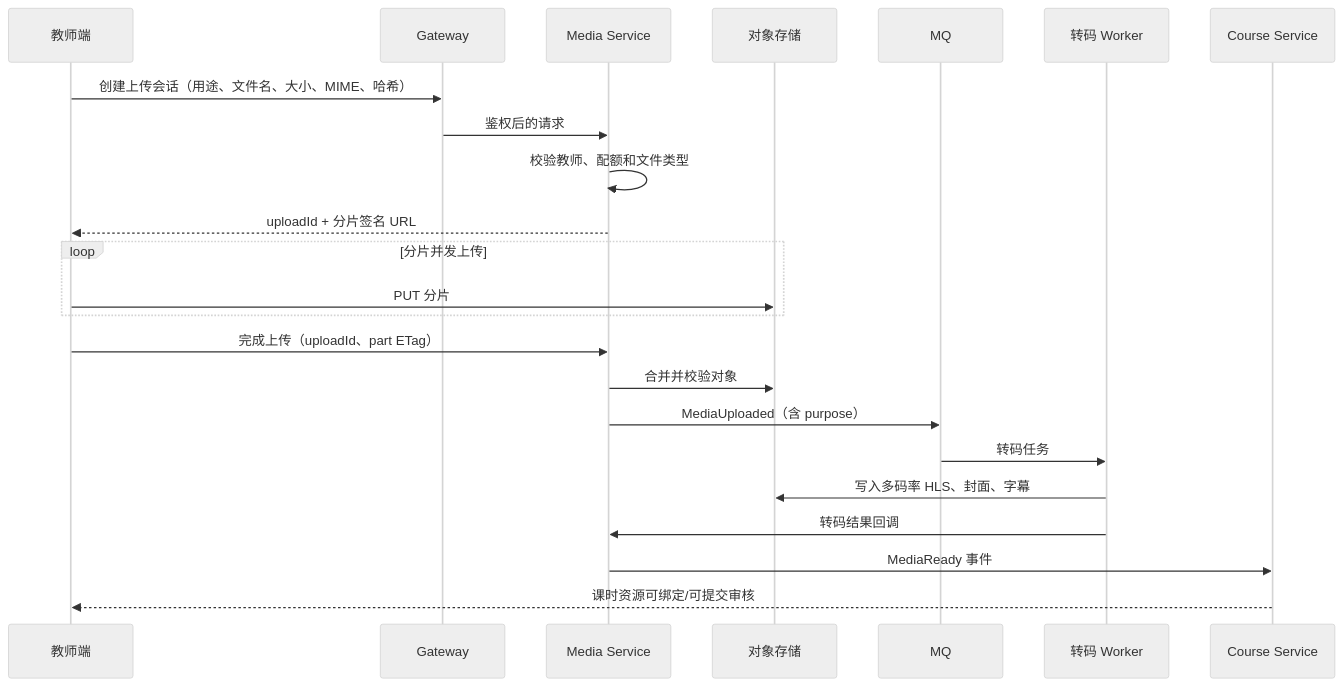
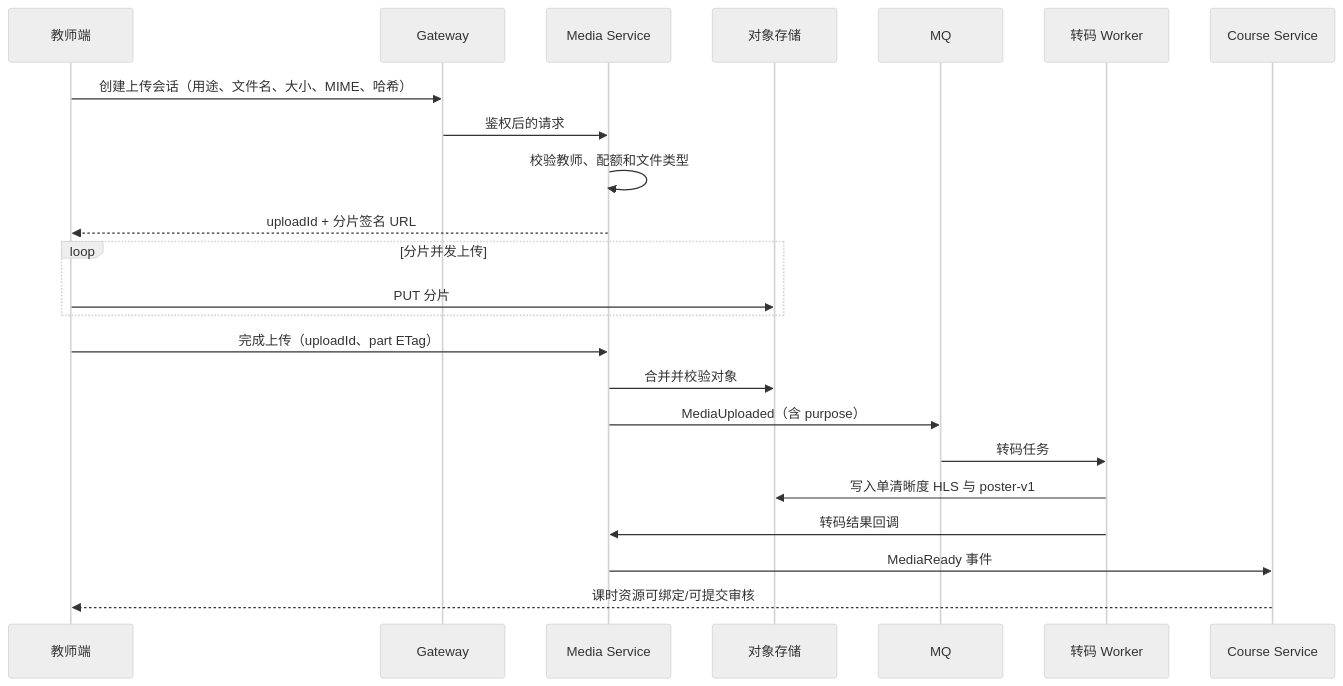
The third of 4 diagrams in 在线网课平台工业架构设计.md (chengchen-ccnu/ccnu-edulion), drawn with Mermaid (neutral theme) before and after one commit. The commit also changed other lines of this file and 5 other files, not shown here.

````diff
--- a/在线网课平台工业架构设计.md
+++ b/在线网课平台工业架构设计.md
@@ -571,26 +587,26 @@
 ```mermaid
 sequenceDiagram
     participant T as 教师端
     participant G as Gateway
     participant M as Media Service
     participant O as 对象存储
     participant Q as MQ
     participant W as 转码 Worker
     participant C as Course Service
 
     T->>G: 创建上传会话（用途、文件名、大小、MIME、哈希）
     G->>M: 鉴权后的请求
     M->>M: 校验教师、配额和文件类型
     M-->>T: uploadId + 分片签名 URL
     loop 分片并发上传
         T->>O: PUT 分片
     end
     T->>M: 完成上传（uploadId、part ETag）
     M->>O: 合并并校验对象
     M->>Q: MediaUploaded（含 purpose）
     Q->>W: 转码任务
-    W->>O: 写入多码率 HLS、封面、字幕
+    W->>O: 写入单清晰度 HLS 与 poster-v1
     W->>M: 转码结果回调
     M->>C: MediaReady 事件
     C-->>T: 课时资源可绑定/可提交审核
 ```
````
